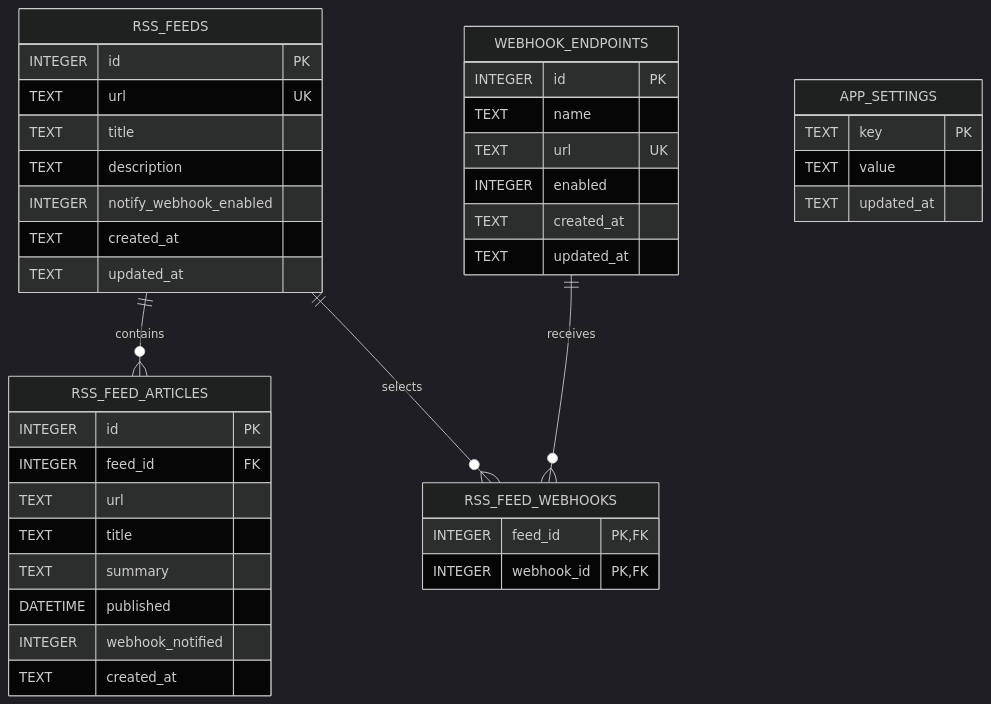
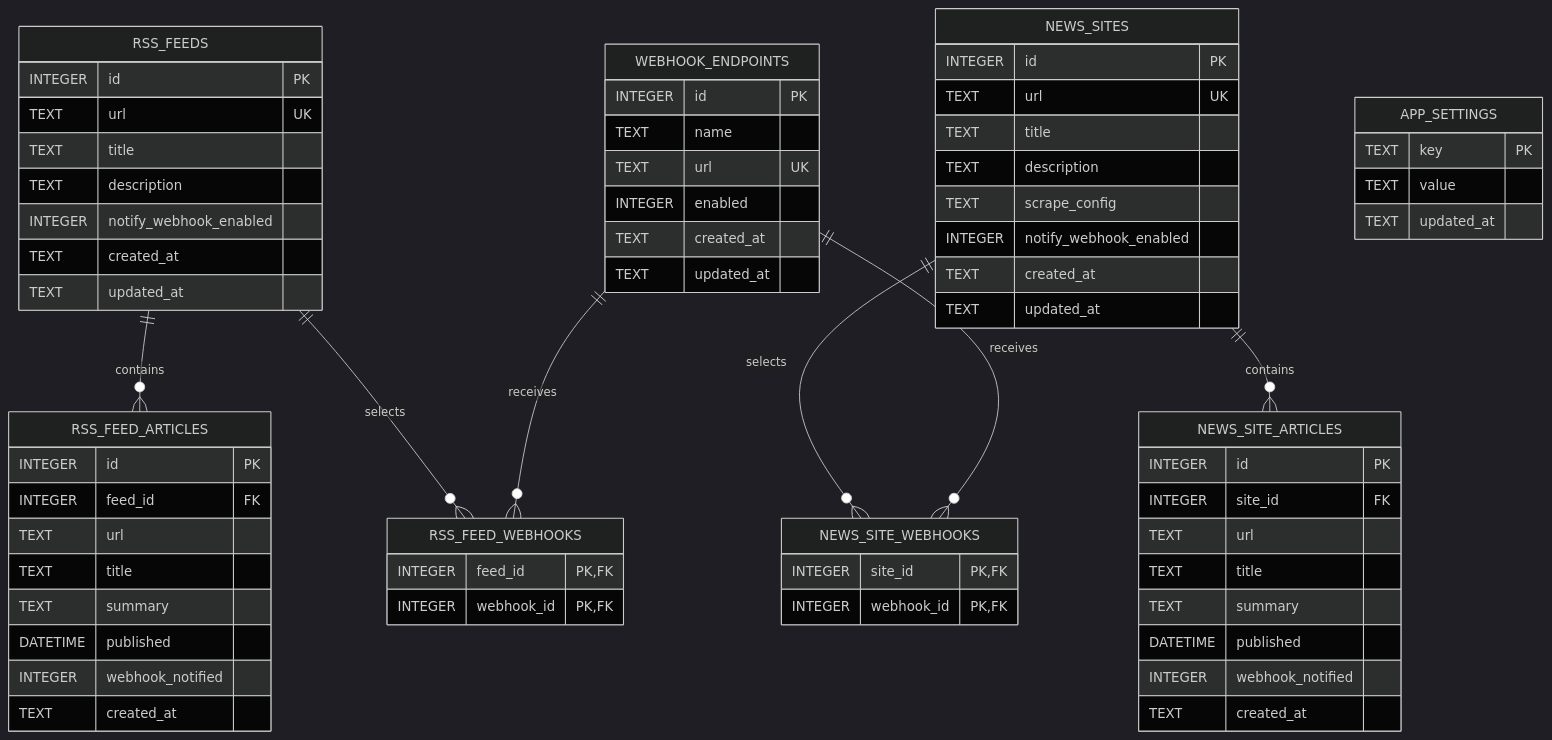
The diagram in specs/architecture/data-model.md (Kai17-a/shiori-rss), drawn with Mermaid (dark theme) before and after one commit. The commit also changed other lines of this file and 20 other files, not shown here.

````diff
--- a/specs/architecture/data-model.md
+++ b/specs/architecture/data-model.md
@@ -3,43 +3,70 @@
 ```mermaid
 erDiagram
     RSS_FEEDS ||--o{ RSS_FEED_ARTICLES : contains
     RSS_FEEDS ||--o{ RSS_FEED_WEBHOOKS : selects
     WEBHOOK_ENDPOINTS ||--o{ RSS_FEED_WEBHOOKS : receives
+    NEWS_SITES ||--o{ NEWS_SITE_ARTICLES : contains
+    NEWS_SITES ||--o{ NEWS_SITE_WEBHOOKS : selects
+    WEBHOOK_ENDPOINTS ||--o{ NEWS_SITE_WEBHOOKS : receives
 
     RSS_FEEDS {
         INTEGER id PK
         TEXT url UK
         TEXT title
         TEXT description
         INTEGER notify_webhook_enabled
         TEXT created_at
         TEXT updated_at
     }
     RSS_FEED_ARTICLES {
         INTEGER id PK
         INTEGER feed_id FK
         TEXT url
         TEXT title
         TEXT summary
         DATETIME published
         INTEGER webhook_notified
         TEXT created_at
     }
     WEBHOOK_ENDPOINTS {
         INTEGER id PK
         TEXT name
         TEXT url UK
         INTEGER enabled
         TEXT created_at
         TEXT updated_at
     }
     RSS_FEED_WEBHOOKS {
         INTEGER feed_id PK,FK
         INTEGER webhook_id PK,FK
     }
+    NEWS_SITES {
+        INTEGER id PK
+        TEXT url UK
+        TEXT title
+        TEXT description
+        TEXT scrape_config
+        INTEGER notify_webhook_enabled
+        TEXT created_at
+        TEXT updated_at
+    }
+    NEWS_SITE_ARTICLES {
+        INTEGER id PK
+        INTEGER site_id FK
+        TEXT url
+        TEXT title
+        TEXT summary
+        DATETIME published
+        INTEGER webhook_notified
+        TEXT created_at
+    }
+    NEWS_SITE_WEBHOOKS {
+        INTEGER site_id PK,FK
+        INTEGER webhook_id PK,FK
+    }
     APP_SETTINGS {
         TEXT key PK
         TEXT value
         TEXT updated_at
     }
 ```
````
